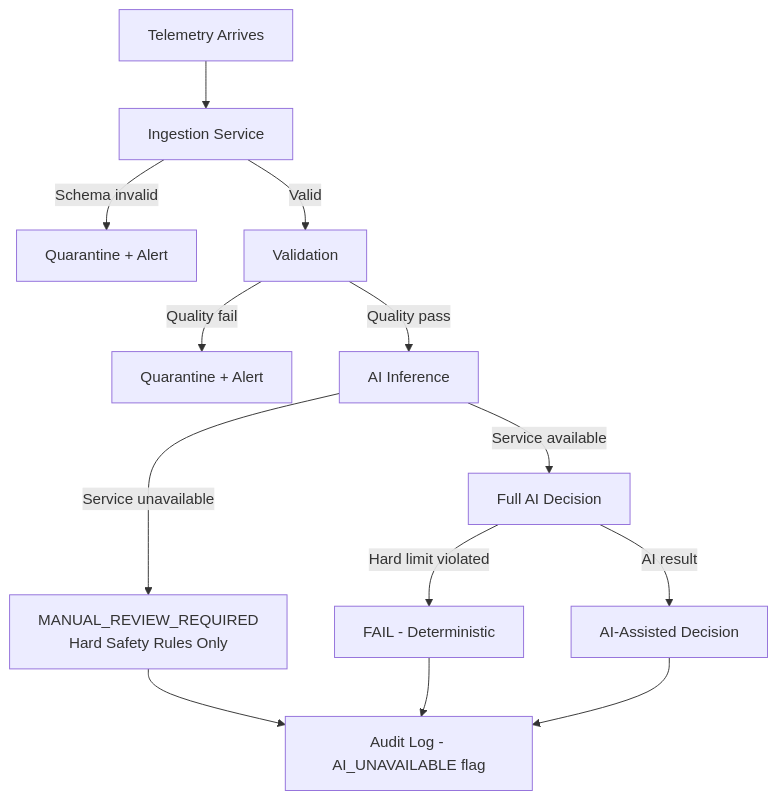
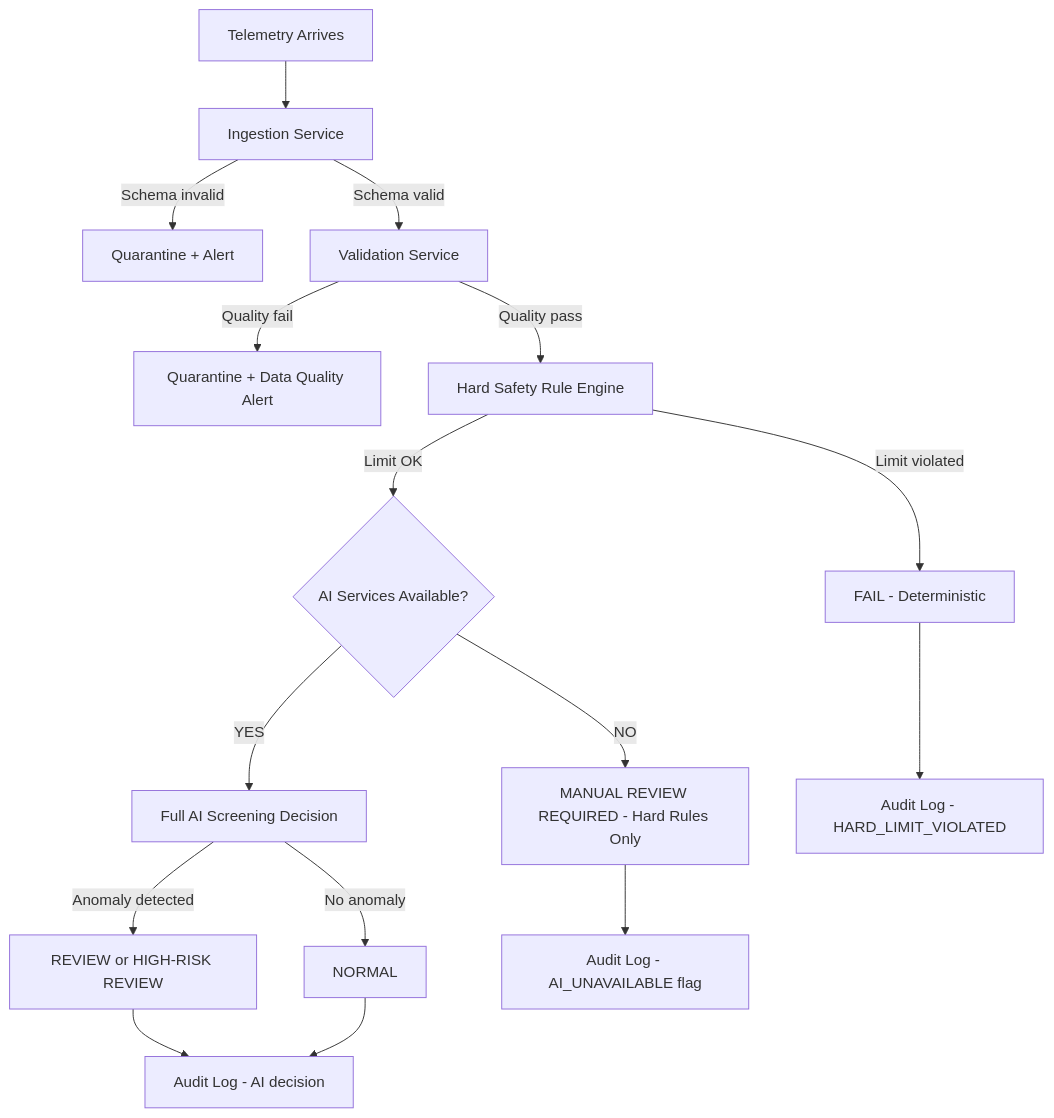
One commit to ankushkumar14092-dot/sih_170 changed diagram 18 of 20 in DOCUMENTATION.md. Above: the diagram before and after it, drawn with Mermaid. The commit also changed other lines of this file, not shown here.

Commit message:
Add 20 Mermaid architecture diagrams to DOCUMENTATION.md

````diff
--- a/DOCUMENTATION.md
+++ b/DOCUMENTATION.md
@@ -2109,15 +2408,18 @@
 ```mermaid
 flowchart TD
     TEL[Telemetry Arrives] --> ING[Ingestion Service]
-    ING --> |Schema invalid| QUA[Quarantine + Alert]
-    ING --> |Valid| VAL[Validation]
-    VAL --> |Quality fail| QUA2[Quarantine + Alert]
-    VAL --> |Quality pass| AI[AI Inference]
-    AI --> |Service available| FULL[Full AI Decision]
-    AI --> |Service unavailable| SAFE[MANUAL_REVIEW_REQUIRED\nHard Safety Rules Only]
-    FULL --> |Hard limit violated| FAIL[FAIL - Deterministic]
-    FULL --> |AI result| DEC[AI-Assisted Decision]
-    SAFE --> AUD[Audit Log - AI_UNAVAILABLE flag]
-    FAIL --> AUD
-    DEC --> AUD
+    ING -->|Schema invalid| QUA1[Quarantine + Alert]
+    ING -->|Schema valid| VAL[Validation Service]
+    VAL -->|Quality fail| QUA2[Quarantine + Data Quality Alert]
+    VAL -->|Quality pass| HSR[Hard Safety Rule Engine]
+    HSR -->|Limit violated| FAIL[FAIL - Deterministic]
+    HSR -->|Limit OK| AI{AI Services Available?}
+    AI -->|YES| FULL[Full AI Screening Decision]
+    AI -->|NO| SAFE[MANUAL REVIEW REQUIRED - Hard Rules Only]
+    FULL -->|Anomaly detected| FLAG[REVIEW or HIGH-RISK REVIEW]
+    FULL -->|No anomaly| NORM[NORMAL]
+    SAFE --> AUD1[Audit Log - AI_UNAVAILABLE flag]
+    FAIL --> AUD2[Audit Log - HARD_LIMIT_VIOLATED]
+    FLAG --> AUD3[Audit Log - AI decision]
+    NORM --> AUD3
 ```
````
